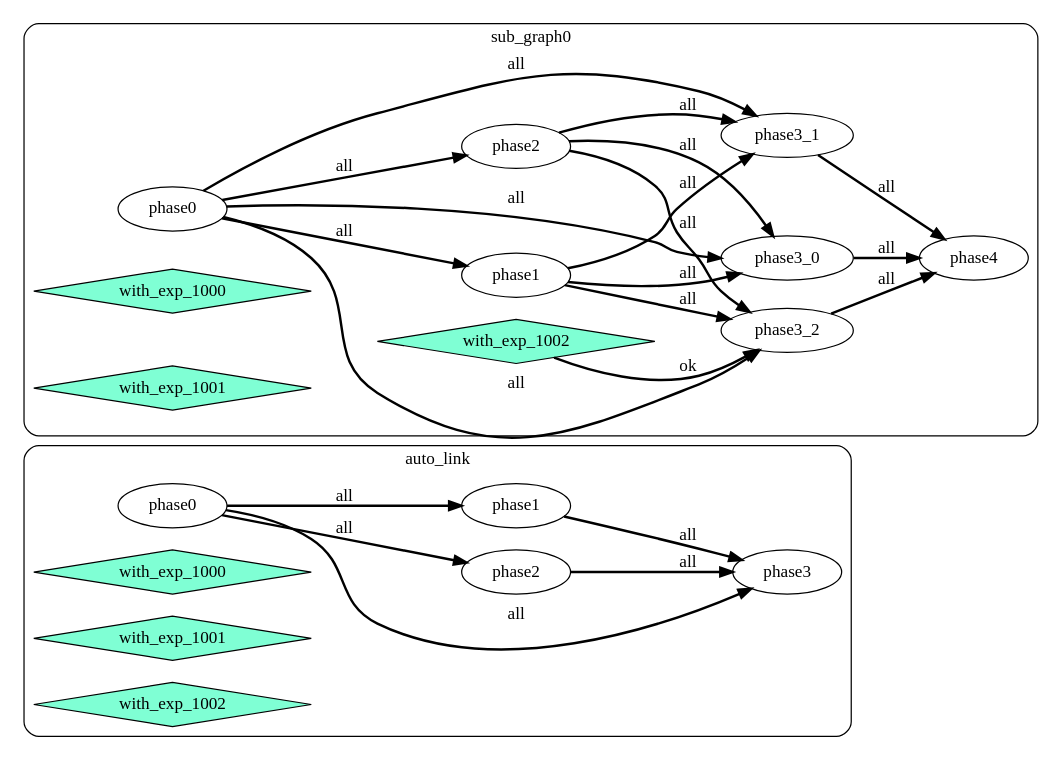
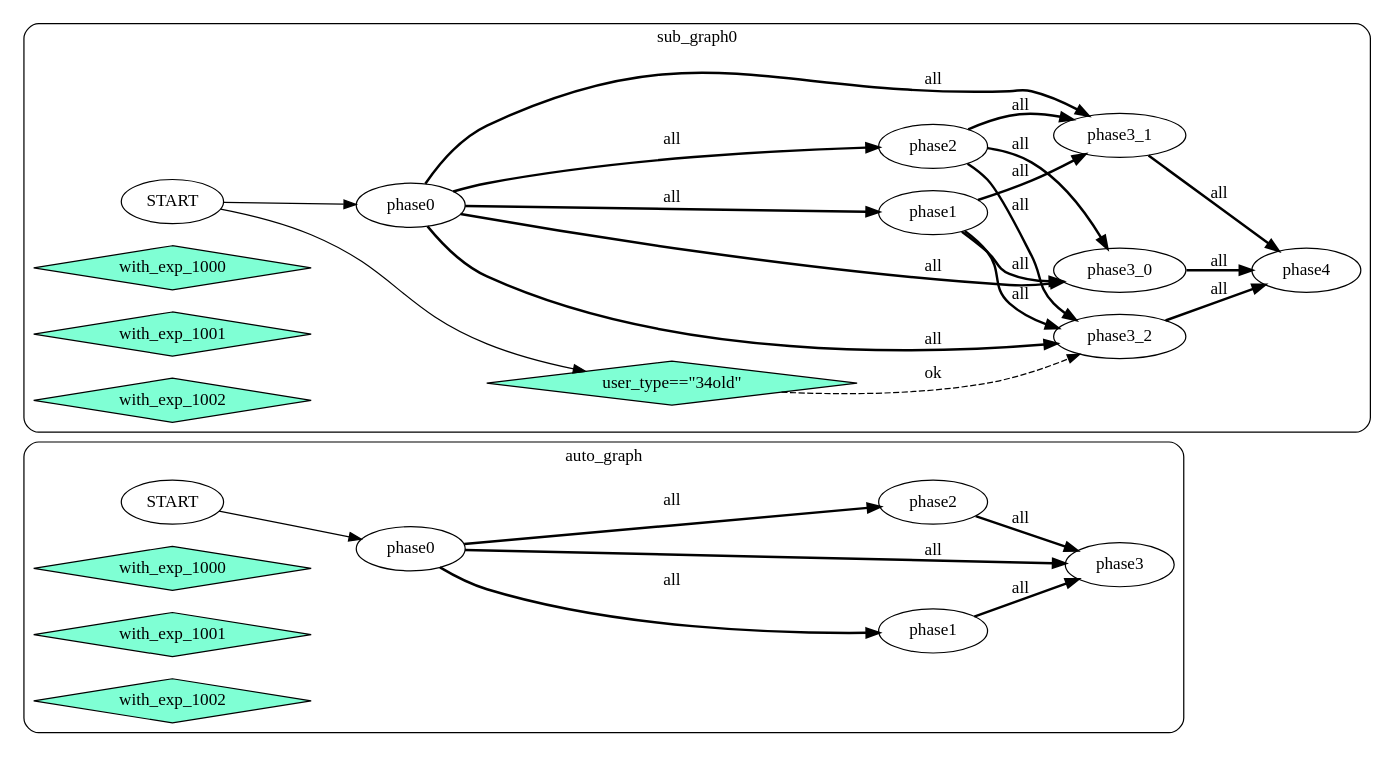
Before and after one commit to yinqiwen/myctk: the diagram in didagle/example/example3.toml.dot, drawn with Graphviz. The commit also changed 10 other files, not shown here.

```diff
--- a/didagle/example/example3.toml.dot
+++ b/didagle/example/example3.toml.dot
@@ -1,48 +1,51 @@
 digraph G {
     rankdir=LR;
-  subgraph cluster_auto_link{
+  subgraph cluster_auto_graph{
     style = rounded;
-    label = "auto_link";
-    auto_link_phase0 [label="phase0"];
-    auto_link_phase3 [label="phase3"];
-    auto_link_phase2 [label="phase2"];
-    auto_link_phase1 [label="phase1"];
-    auto_link_with_exp_1000 [label="with_exp_1000" shape=diamond color=black fillcolor=aquamarine style=filled];
-    auto_link_with_exp_1001 [label="with_exp_1001" shape=diamond color=black fillcolor=aquamarine style=filled];
-    auto_link_with_exp_1002 [label="with_exp_1002" shape=diamond color=black fillcolor=aquamarine style=filled];
-    auto_link_phase2 -> auto_link_phase3 [style=bold label="all"];
-    auto_link_phase0 -> auto_link_phase3 [style=bold label="all"];
-    auto_link_phase1 -> auto_link_phase3 [style=bold label="all"];
-    auto_link_phase0 -> auto_link_phase2 [style=bold label="all"];
-    auto_link_phase0 -> auto_link_phase1 [style=bold label="all"];
+    label = "auto_graph";
+    auto_graph__START__ [label="START"];
+    auto_graph_phase0 [label="phase0"];
+    auto_graph_phase3 [label="phase3"];
+    auto_graph_phase2 [label="phase2"];
+    auto_graph_phase1 [label="phase1"];
+    auto_graph_with_exp_1000 [label="with_exp_1000" shape=diamond color=black fillcolor=aquamarine style=filled];
+    auto_graph_with_exp_1001 [label="with_exp_1001" shape=diamond color=black fillcolor=aquamarine style=filled];
+    auto_graph_with_exp_1002 [label="with_exp_1002" shape=diamond color=black fillcolor=aquamarine style=filled];
+    auto_graph__START__ -> auto_graph_phase0    auto_graph_phase2 -> auto_graph_phase3 [style=bold label="all"];
+    auto_graph_phase0 -> auto_graph_phase3 [style=bold label="all"];
+    auto_graph_phase1 -> auto_graph_phase3 [style=bold label="all"];
+    auto_graph_phase0 -> auto_graph_phase2 [style=bold label="all"];
+    auto_graph_phase0 -> auto_graph_phase1 [style=bold label="all"];
 };
   subgraph cluster_sub_graph0{
     style = rounded;
     label = "sub_graph0";
+    sub_graph0__START__ [label="START"];
     sub_graph0_phase4 [label="phase4"];
-    sub_graph0_phase1 [label="phase1"];
     sub_graph0_phase2 [label="phase2"];
+    sub_graph0_phase3_2 [label="phase3_2"];
+    sub_graph0_phase0 [label="phase0"];
     sub_graph0_phase3_0 [label="phase3_0"];
     sub_graph0_phase3_1 [label="phase3_1"];
-    sub_graph0_phase0 [label="phase0"];
-    sub_graph0_phase3_2 [label="phase3_2"];
+    sub_graph0_phase1 [label="phase1"];
+    sub_graph0_sub_graph0_0 [label="user_type==\"34old\"" shape=diamond color=black fillcolor=aquamarine style=filled];
     sub_graph0_with_exp_1000 [label="with_exp_1000" shape=diamond color=black fillcolor=aquamarine style=filled];
     sub_graph0_with_exp_1001 [label="with_exp_1001" shape=diamond color=black fillcolor=aquamarine style=filled];
     sub_graph0_with_exp_1002 [label="with_exp_1002" shape=diamond color=black fillcolor=aquamarine style=filled];
     sub_graph0_phase3_2 -> sub_graph0_phase4 [style=bold label="all"];
     sub_graph0_phase3_0 -> sub_graph0_phase4 [style=bold label="all"];
     sub_graph0_phase3_1 -> sub_graph0_phase4 [style=bold label="all"];
-    sub_graph0_phase0 -> sub_graph0_phase1 [style=bold label="all"];
     sub_graph0_phase0 -> sub_graph0_phase2 [style=bold label="all"];
-    sub_graph0_phase2 -> sub_graph0_phase3_0 [style=bold label="all"];
+    sub_graph0_sub_graph0_0 -> sub_graph0_phase3_2 [style=dashed label="ok"];
+    sub_graph0_phase2 -> sub_graph0_phase3_2 [style=bold label="all"];
+    sub_graph0_phase0 -> sub_graph0_phase3_2 [style=bold label="all"];
+    sub_graph0_phase1 -> sub_graph0_phase3_2 [style=bold label="all"];
+    sub_graph0__START__ -> sub_graph0_phase0    sub_graph0_phase2 -> sub_graph0_phase3_0 [style=bold label="all"];
     sub_graph0_phase0 -> sub_graph0_phase3_0 [style=bold label="all"];
     sub_graph0_phase1 -> sub_graph0_phase3_0 [style=bold label="all"];
     sub_graph0_phase2 -> sub_graph0_phase3_1 [style=bold label="all"];
     sub_graph0_phase0 -> sub_graph0_phase3_1 [style=bold label="all"];
     sub_graph0_phase1 -> sub_graph0_phase3_1 [style=bold label="all"];
-    sub_graph0_with_exp_1002 -> sub_graph0_phase3_2 [style=bold label="ok"];
-    sub_graph0_phase2 -> sub_graph0_phase3_2 [style=bold label="all"];
-    sub_graph0_phase0 -> sub_graph0_phase3_2 [style=bold label="all"];
-    sub_graph0_phase1 -> sub_graph0_phase3_2 [style=bold label="all"];
-};
+    sub_graph0_phase0 -> sub_graph0_phase1 [style=bold label="all"];
+    sub_graph0__START__ -> sub_graph0_sub_graph0_0};
 }
```
